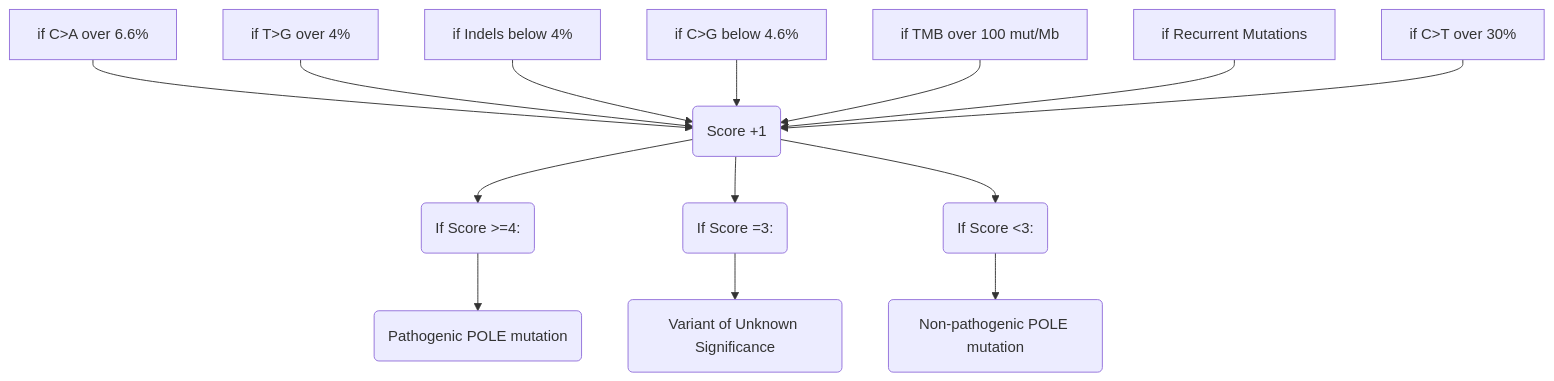
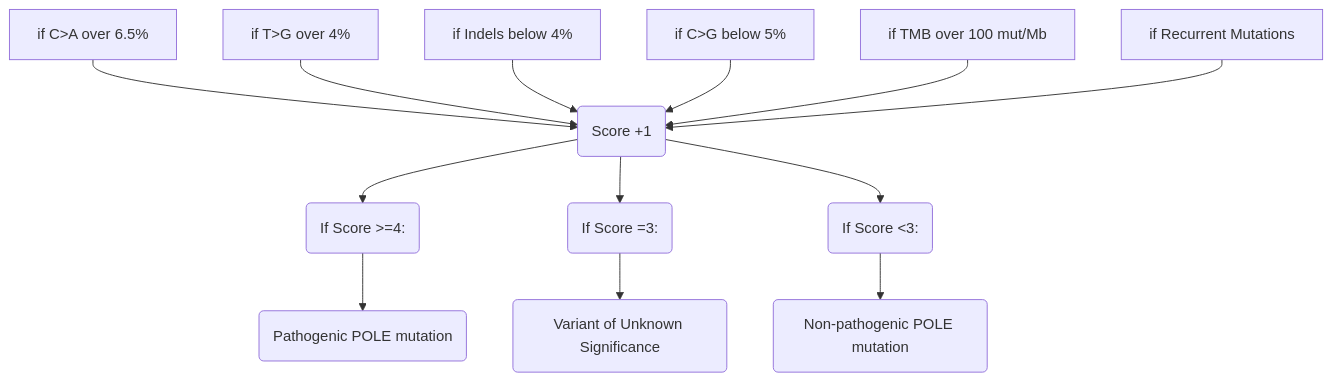
The diagram in README.md (bioinformatics-policlinicogemelli/POLE), drawn with Mermaid before and after one commit. The commit also changed other lines of this file, not shown here.

````diff
--- a/README.md
+++ b/README.md
@@ -58,14 +72,13 @@
 ```mermaid
 
 graph TD
-A[if C>A over 6.6%] --> B(Score +1)
+A[if C>A over 6.5%] --> B(Score +1)
 F[if T>G over 4%] --> B(Score +1)
 G[if Indels below 4%] --> B(Score +1)
-H[if C>G below 4.6%] --> B(Score +1)
+H[if C>G below 5%] --> B(Score +1)
 I[if TMB over 100 mut/Mb] --> B(Score +1)
 J[if Recurrent Mutations] --> B(Score +1)
-K[if C>T over 30%] --> B(Score +1)
 B --> C(If Score >=4:) --> L(Pathogenic POLE mutation)
 B --> D(If Score =3:) --> M(Variant of Unknown Significance)
 B --> E(If Score <3:) --> N(Non-pathogenic POLE mutation)
 ```
````
